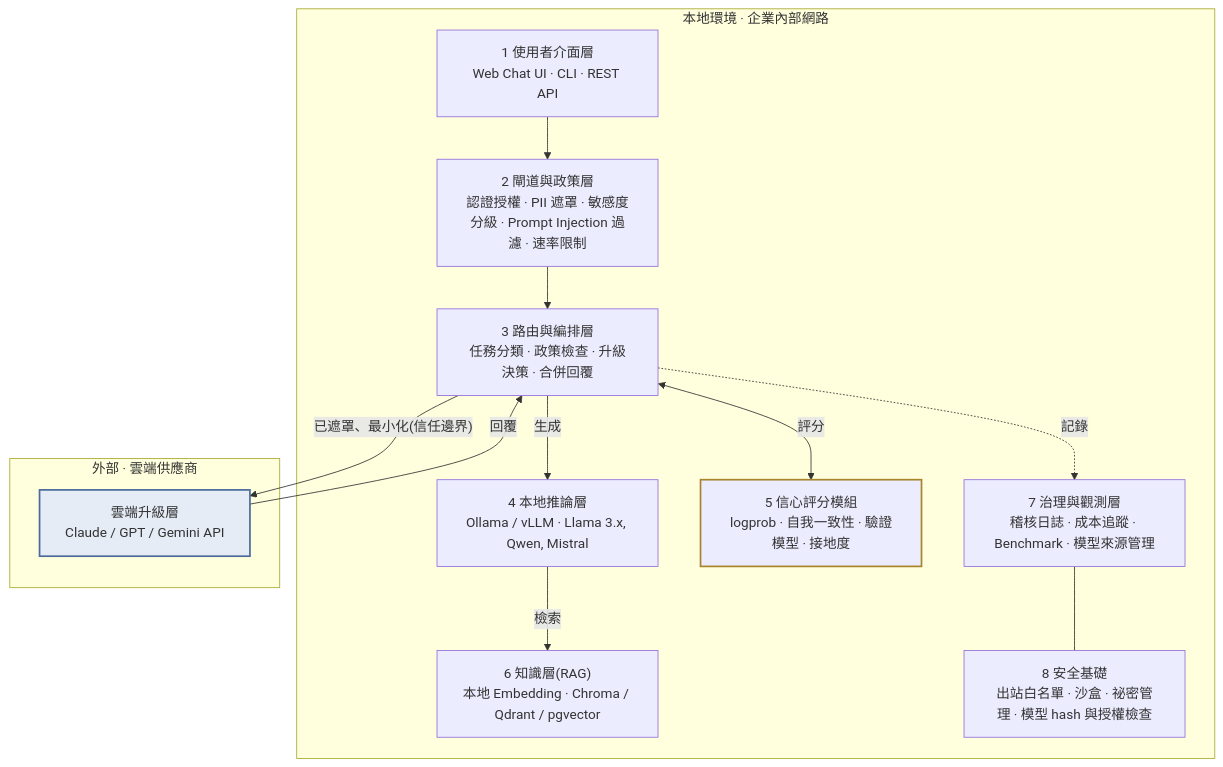
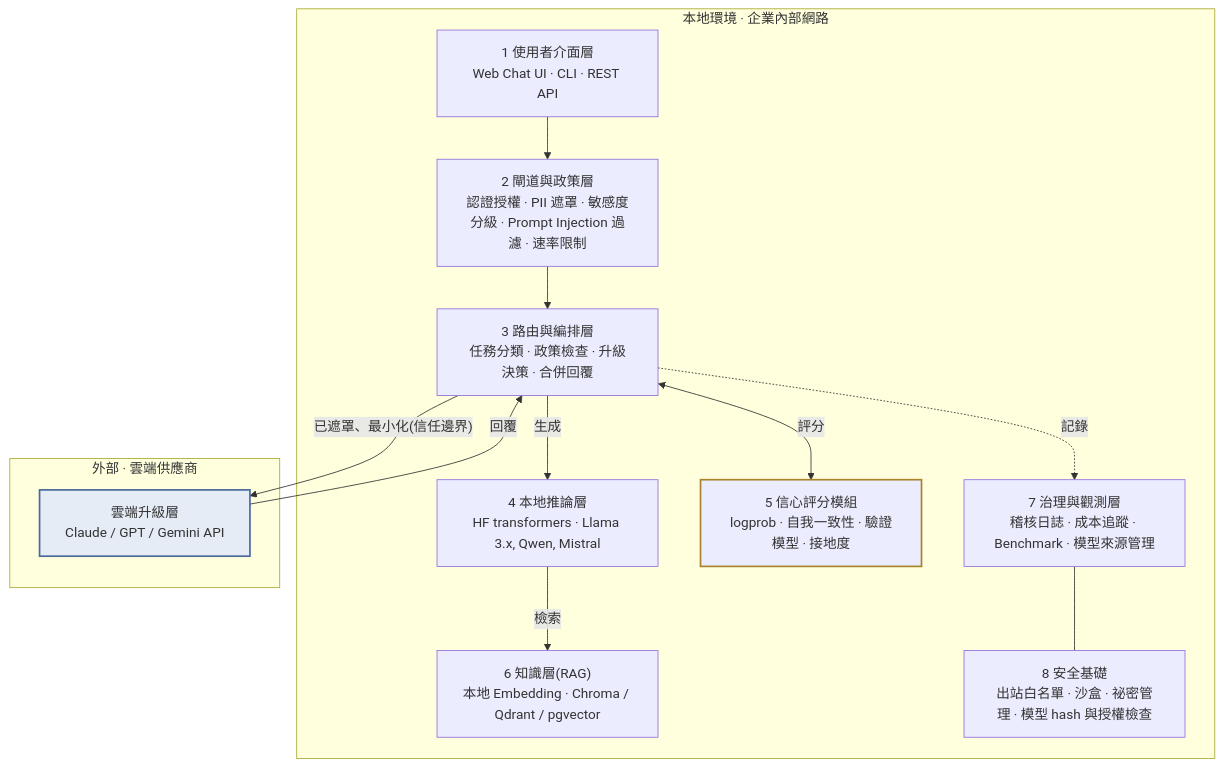
Before and after one commit to Mark-Chu-19/virtual-gold-capstone: the first of 3 diagrams in docs/architecture-v0.2-zh.md, drawn with Mermaid. The commit also changed other lines of this file and 3 other files, not shown here.

Commit message:
Architecture doc: local inference on HF transformers instead of Ollama; section 10 cost row no longer mentions CMU fallback; A10G note for the sampling ensemble

````diff
--- a/docs/architecture-v0.2-zh.md
+++ b/docs/architecture-v0.2-zh.md
@@ -32,26 +32,26 @@
 ```mermaid
 flowchart TB
   subgraph LOCAL["本地環境 · 企業內部網路"]
     L1["1 使用者介面層<br/>Web Chat UI · CLI · REST API"]
     L2["2 閘道與政策層<br/>認證授權 · PII 遮罩 · 敏感度分級 · Prompt Injection 過濾 · 速率限制"]
     L3["3 路由與編排層<br/>任務分類 · 政策檢查 · 升級決策 · 合併回覆"]
-    L4["4 本地推論層<br/>Ollama / vLLM · Llama 3.x, Qwen, Mistral"]
+    L4["4 本地推論層<br/>HF transformers · Llama 3.x, Qwen, Mistral"]
     L5["5 信心評分模組<br/>logprob · 自我一致性 · 驗證模型 · 接地度"]
     L6["6 知識層(RAG)<br/>本地 Embedding · Chroma / Qdrant / pgvector"]
     L7["7 治理與觀測層<br/>稽核日誌 · 成本追蹤 · Benchmark · 模型來源管理"]
     L8["8 安全基礎<br/>出站白名單 · 沙盒 · 祕密管理 · 模型 hash 與授權檢查"]
     L1 --> L2 --> L3
     L3 -- 生成 --> L4
     L3 <-- 評分 --> L5
     L4 -- 檢索 --> L6
     L3 -.記錄.-> L7
     L7 --- L8
   end
   subgraph CLOUD["外部 · 雲端供應商"]
     C["雲端升級層<br/>Claude / GPT / Gemini API"]
   end
   L3 -- "已遮罩、最小化(信任邊界)" --> C
   C -- 回覆 --> L3
   style L5 stroke:#A8842C,stroke-width:2px
   style C fill:#E5ECF6,stroke:#4B6A9B,stroke-width:2px
 ```
````
